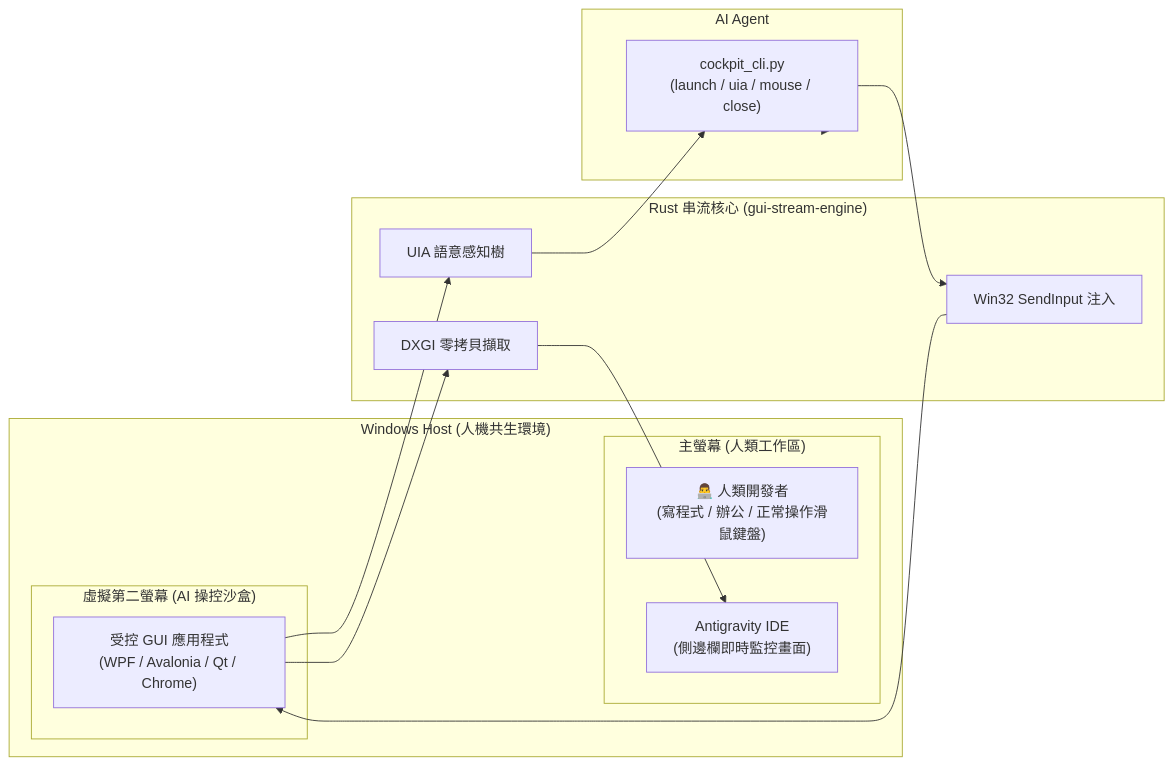
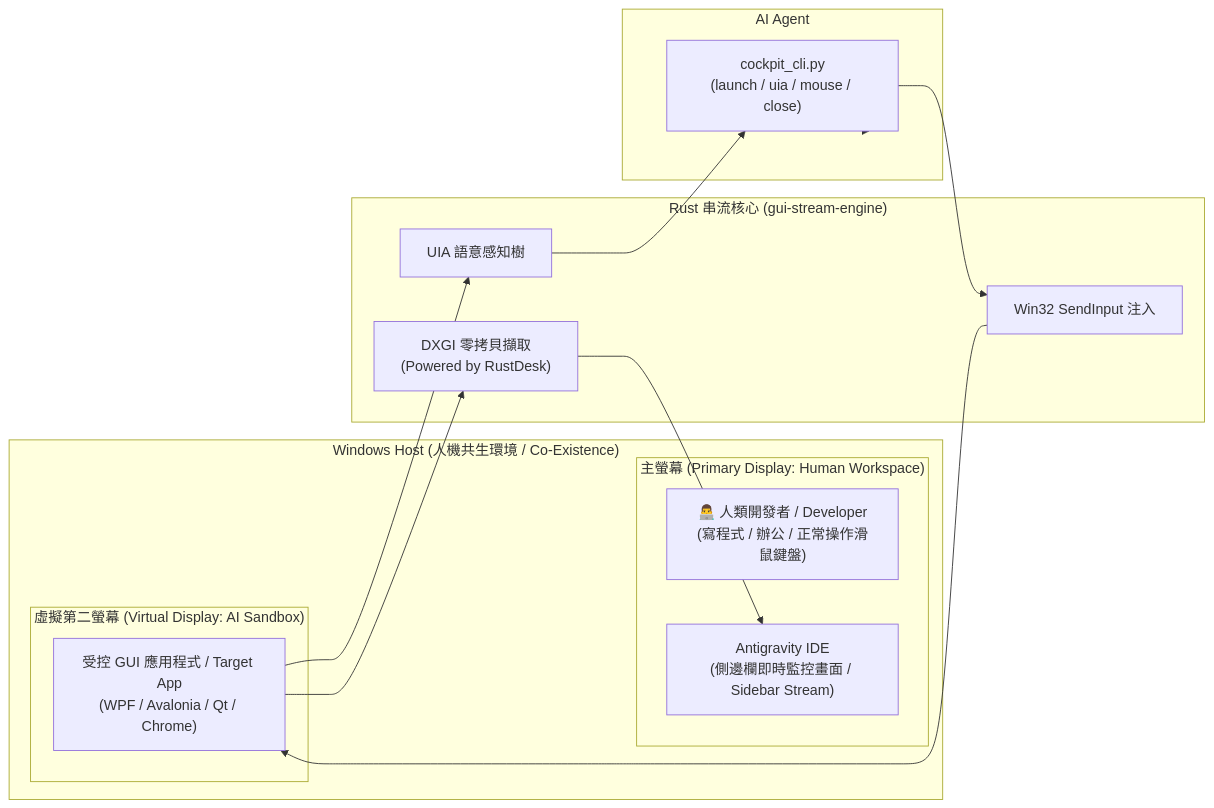
Before and after one commit to arco651749/antigravity-desktop-cockpit: the diagram in README.md, drawn with Mermaid. The commit also changed other lines of this file, not shown here.

````diff
--- a/README.md
+++ b/README.md
@@ -57,28 +121,28 @@
 ```mermaid
 graph LR
-    subgraph Host["Windows Host (人機共生環境)"]
-        subgraph Primary["主螢幕 (人類工作區)"]
-            User["👨‍💻 人類開發者<br/>(寫程式 / 辦公 / 正常操作滑鼠鍵盤)"]
-            IDE["Antigravity IDE<br/>(側邊欄即時監控畫面)"]
+    subgraph Host["Windows Host (人機共生環境 / Co-Existence)"]
+        subgraph Primary["主螢幕 (Primary Display: Human Workspace)"]
+            User["👨‍💻 人類開發者 / Developer<br/>(寫程式 / 辦公 / 正常操作滑鼠鍵盤)"]
+            IDE["Antigravity IDE<br/>(側邊欄即時監控畫面 / Sidebar Stream)"]
         end
 
-        subgraph Virtual["虛擬第二螢幕 (AI 操控沙盒)"]
-            TargetApp["受控 GUI 應用程式<br/>(WPF / Avalonia / Qt / Chrome)"]
+        subgraph Virtual["虛擬第二螢幕 (Virtual Display: AI Sandbox)"]
+            TargetApp["受控 GUI 應用程式 / Target App<br/>(WPF / Avalonia / Qt / Chrome)"]
         end
     end
 
     subgraph Core["Rust 串流核心 (gui-stream-engine)"]
-        DXGI["DXGI 零拷貝擷取"]
+        DXGI["DXGI 零拷貝擷取<br/>(Powered by RustDesk)"]
         UIA["UIA 語意感知樹"]
         Inject["Win32 SendInput 注入"]
     end
 
     subgraph Agent["AI Agent"]
         CLI["cockpit_cli.py<br/>(launch / uia / mouse / close)"]
     end
 
     TargetApp --> DXGI --> IDE
     TargetApp --> UIA --> CLI
     CLI --> Inject --> TargetApp
     Agent --> CLI
 ```
````
